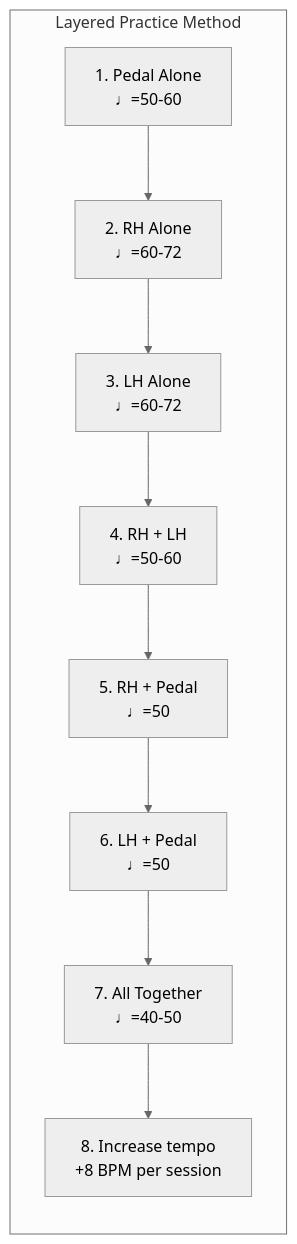
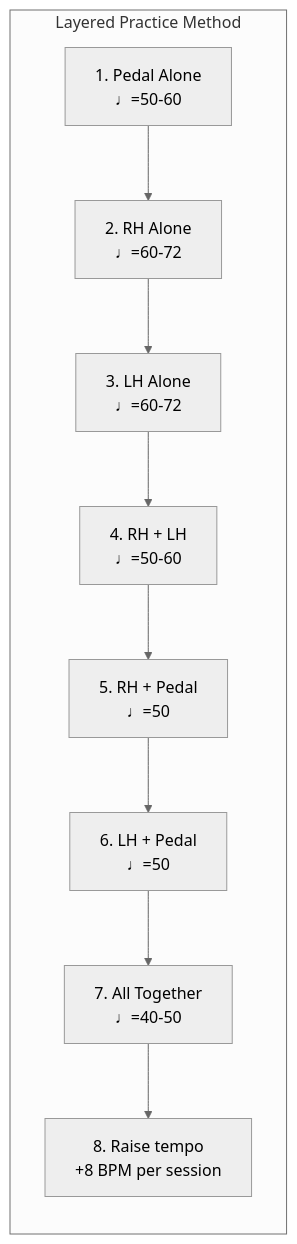
One commit to blebleblee/synapse changed the second of 2 diagrams in topics/arts/music_performance/organ/labs.md. Above: the diagram before and after it, drawn with Mermaid (neutral theme). The commit also changed other lines of this file and 4 other files, not shown here.

````diff
--- a/topics/arts/music_performance/organ/labs.md
+++ b/topics/arts/music_performance/organ/labs.md
@@ -446,12 +424,12 @@
 ```mermaid
 flowchart LR
     subgraph sub_layered_practice ["Layered Practice Method"]
         A["1. Pedal Alone<br/>♩=50-60"] --> B["2. RH Alone<br/>♩=60-72"]
         B --> C["3. LH Alone<br/>♩=60-72"]
         C --> D["4. RH + LH<br/>♩=50-60"]
         D --> E["5. RH + Pedal<br/>♩=50"]
         E --> F["6. LH + Pedal<br/>♩=50"]
         F --> G["7. All Together<br/>♩=40-50"]
-        G --> H["8. Increase tempo<br/>+8 BPM per session"]
+        G --> H["8. Raise tempo<br/>+8 BPM per session"]
     end
 ```
````
